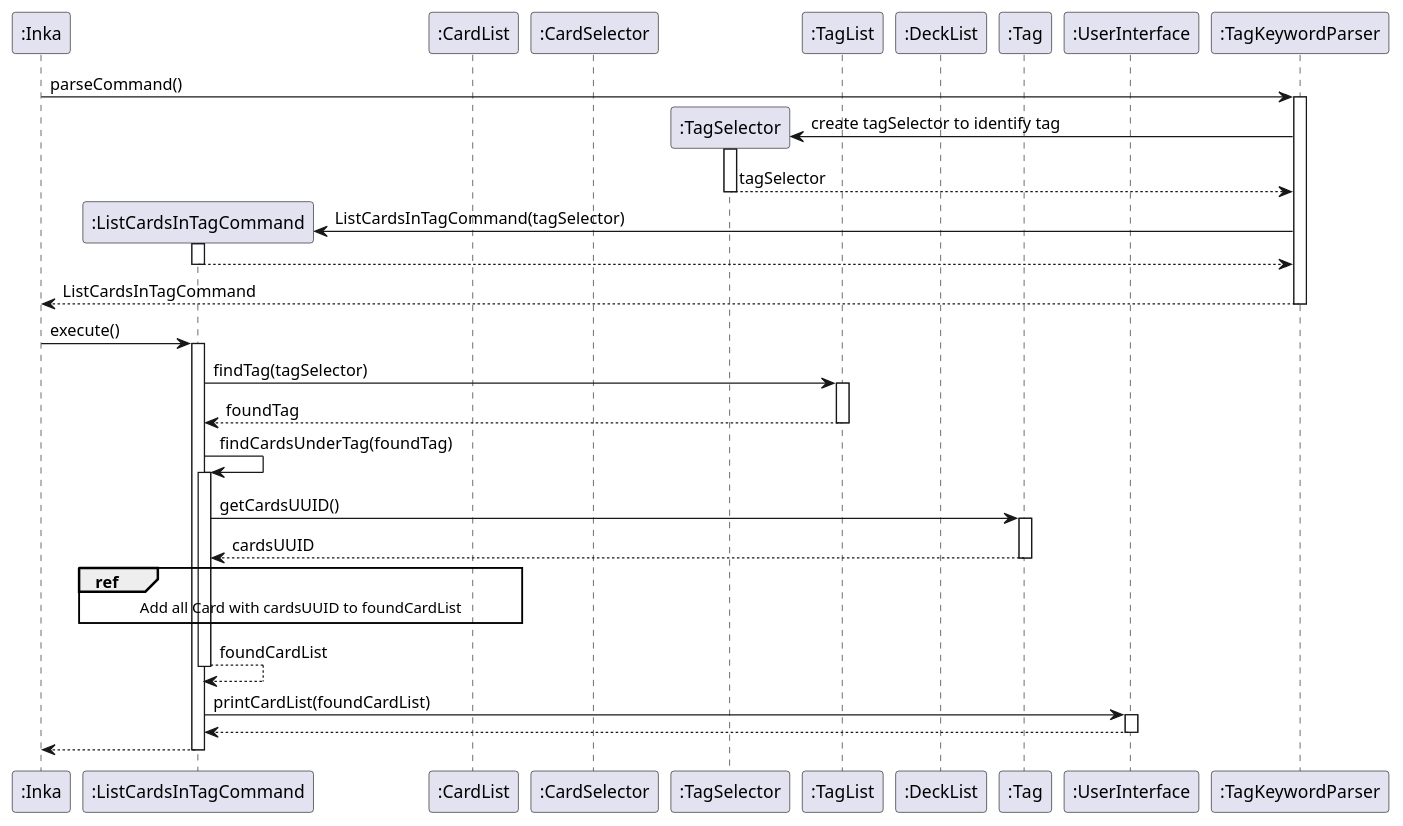
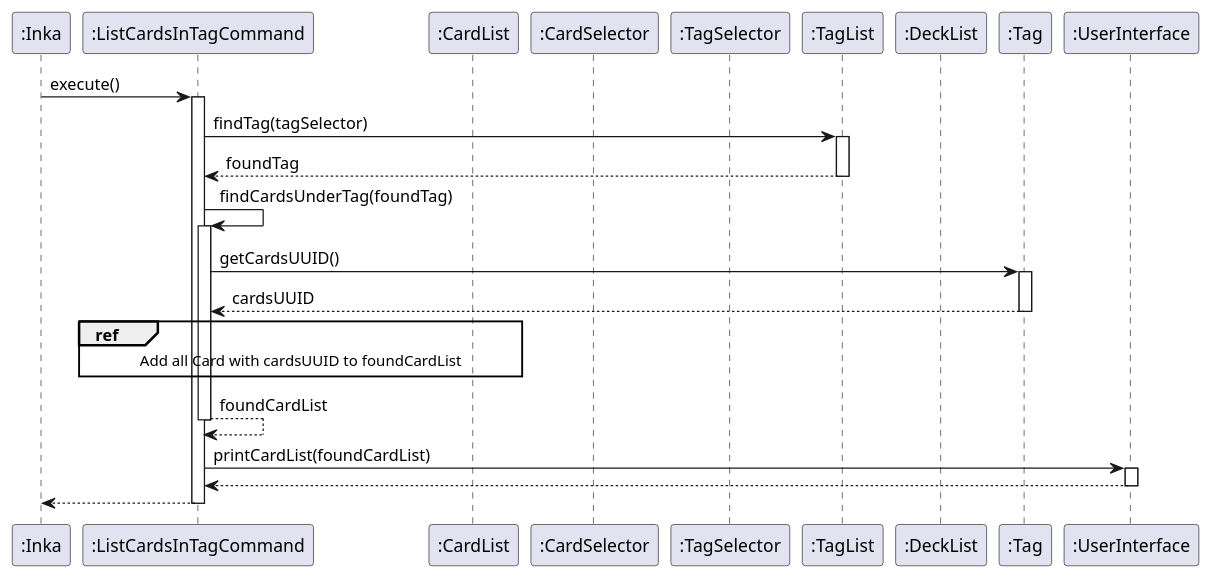
One commit to nus-cs2113-AY2223S2/tp changed the diagram in docs/uml/ListCardsUnderTag.puml. Above: the diagram before and after it, drawn with PlantUML. The commit also changed 17 other files, not shown here.

Commit message:
docs : remove parser section from tag sequence diagrams

```diff
--- a/docs/uml/ListCardsUnderTag.puml
+++ b/docs/uml/ListCardsUnderTag.puml
@@ -1,59 +1,59 @@
 @startuml ListCardsInTagCommand
 
 autoactivate on
 
 participant ":Inka" as Inka
 participant ":ListCardsInTagCommand" as ListCardsInTagCommand
 participant ":TagList" as TagList
 participant ":CardList" as CardList
 participant ":CardSelector" as CardSelector
 participant ":TagSelector" as TagSelector
 participant ":TagList" as TagList
 participant ":DeckList" as DeckList
 participant ":Tag" as Tag
 
 participant ":UserInterface" as UserInterface
-participant ":TagKeywordParser" as TagKeywordParser
+'participant ":TagKeywordParser" as TagKeywordParser
 
-Inka -> TagKeywordParser : parseCommand()
-
-Create TagSelector
-TagKeywordParser -> TagSelector : create tagSelector to identify tag
-return tagSelector
-
-Create ListCardsInTagCommand
-TagKeywordParser -> ListCardsInTagCommand : ListCardsInTagCommand(tagSelector)
-return
-
-return ListCardsInTagCommand
+'Inka -> TagKeywordParser : parseCommand()
+'
+'Create TagSelector
+'TagKeywordParser -> TagSelector : create tagSelector to identify tag
+'return tagSelector
+'
+'Create ListCardsInTagCommand
+'TagKeywordParser -> ListCardsInTagCommand : ListCardsInTagCommand(tagSelector)
+'return
+'
+'return ListCardsInTagCommand
 
 Inka -> ListCardsInTagCommand: execute()
 ListCardsInTagCommand -> TagList : findTag(tagSelector)
 return foundTag
 
 ListCardsInTagCommand -> ListCardsInTagCommand : findCardsUnderTag(foundTag)
 ListCardsInTagCommand -> Tag : getCardsUUID()
 return cardsUUID
 
 
 ref over ListCardsInTagCommand, CardList
 Add all Card with cardsUUID to foundCardList
 end ref
 
 'loop curr UUID of all Cards != null
 '    loop curr UUID of cardsUUID != null
 '      alt curr UUID of all Cards == curr UUID of cardsUUID
 '        ListCardsInTagCommand -> CardList : addCard()
 '         return
 '       end
 '      end loop
 'end loop
 
 return foundCardList
 
 ListCardsInTagCommand -> UserInterface : printCardList(foundCardList)
 return
 
 return
 
 @enduml
```
